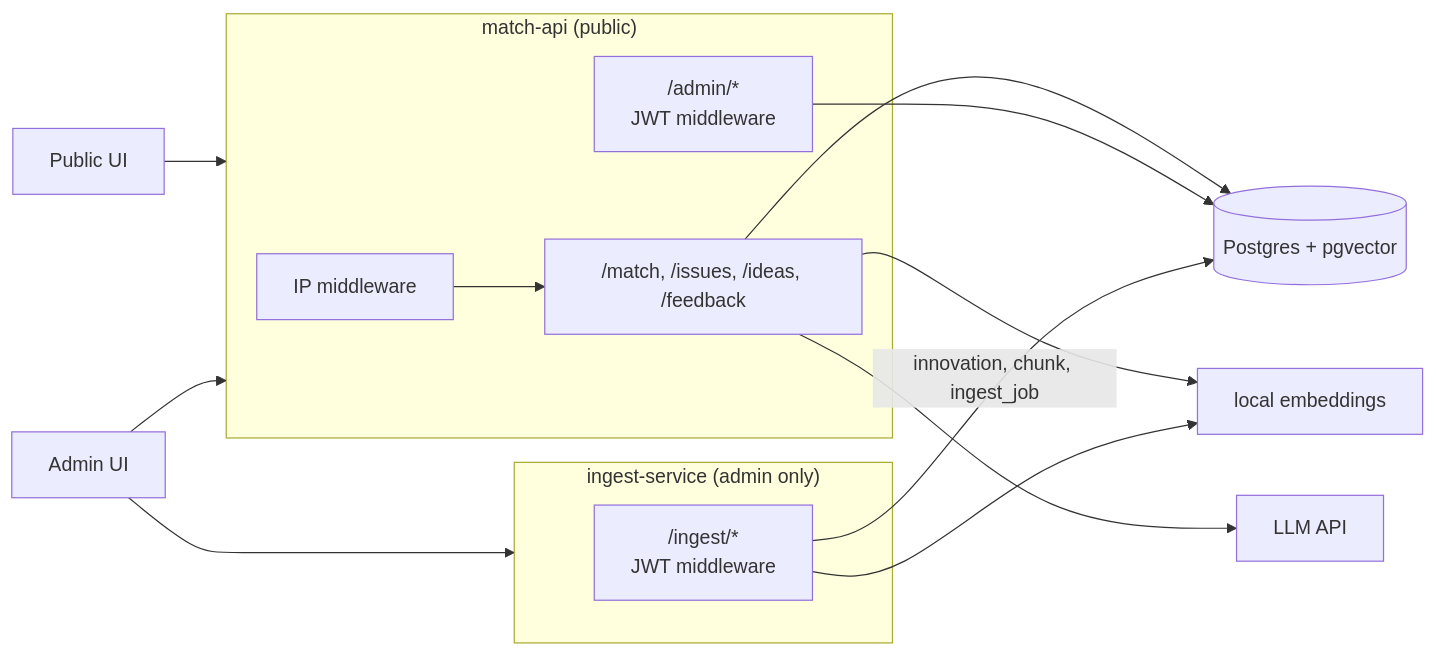
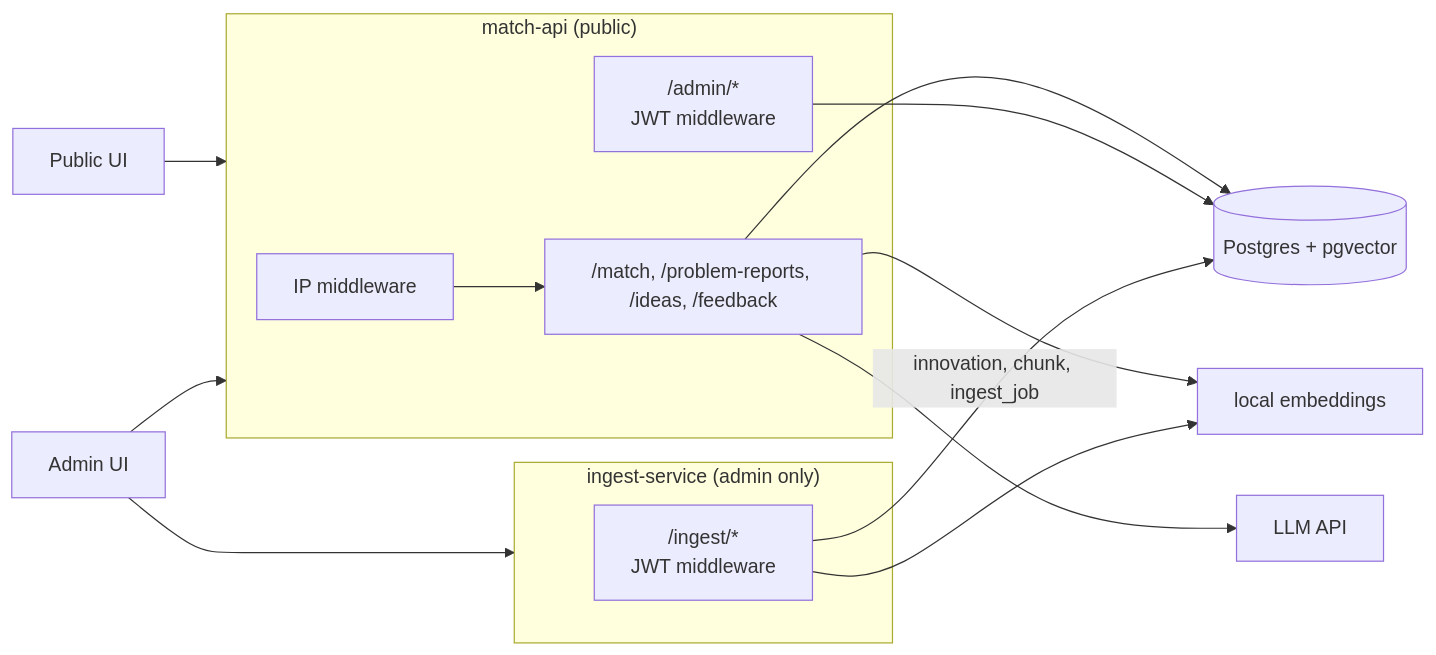
One commit to DziadBud/HackYeah2026 changed the first of 4 diagrams in documentation/backend/architecture.md. Above: the diagram before and after it, drawn with Mermaid. The commit also changed other lines of this file and 39 other files, not shown here.

````diff
--- a/documentation/backend/architecture.md
+++ b/documentation/backend/architecture.md
@@ -13,26 +13,26 @@
 ```mermaid
 flowchart LR
     PUI[Public UI] --> API
     AUI[Admin UI] --> API
     AUI --> ING
 
     subgraph API["match-api (public)"]
         IPM[IP middleware]
-        PUB["/match, /issues, /ideas, /feedback"]
+        PUB["/match, /problem-reports, /ideas, /feedback"]
         ADM["/admin/*<br/>JWT middleware"]
     end
 
     subgraph ING["ingest-service (admin only)"]
         IMP["/ingest/*<br/>JWT middleware"]
     end
 
     DB[("Postgres + pgvector")]
     LLM[LLM API]
     EMB[local embeddings]
 
     IPM --> PUB
     PUB & ADM --> DB
     PUB --> EMB & LLM
     IMP --> EMB
     IMP -- "innovation, chunk, ingest_job" --> DB
 ```
````
